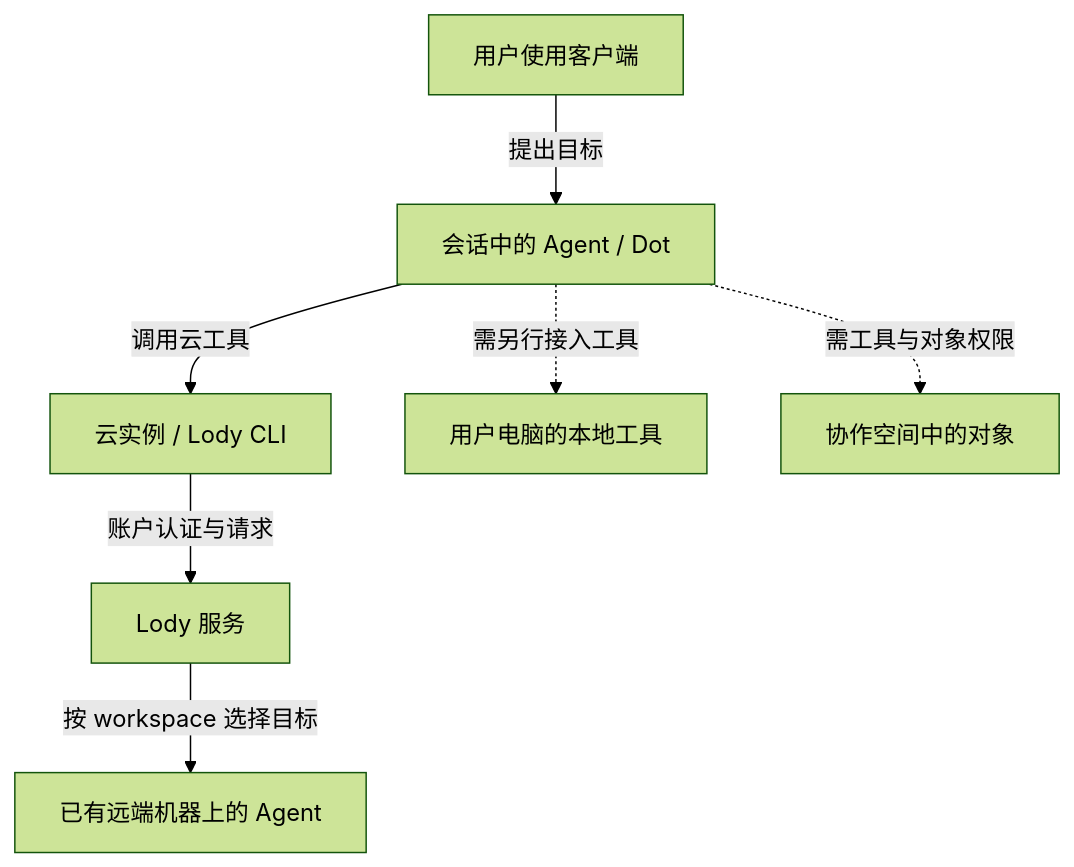
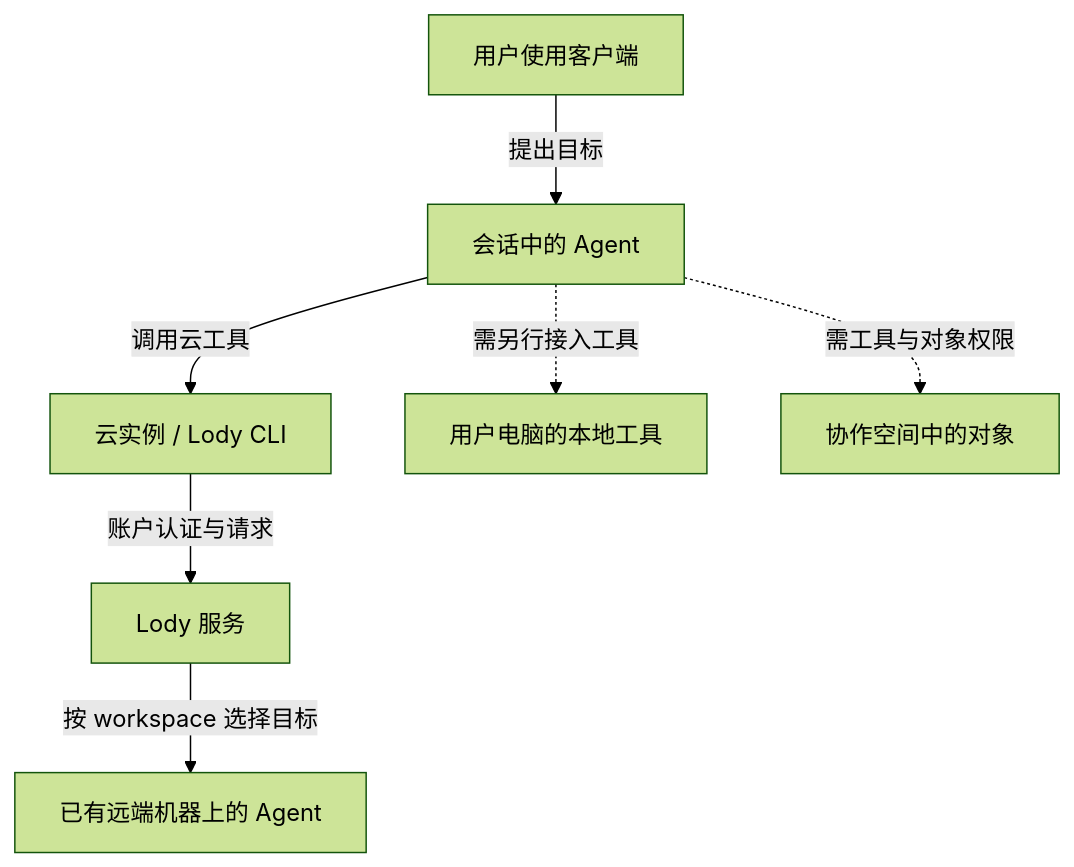
One commit to CF-FE/mymcp-4-codexcloud changed the diagram in docs/diagrams/environment-context.mmd. Above: the diagram before and after it, drawn with Mermaid (forest theme). The commit also changed 10 other files, not shown here.

```diff
--- a/docs/diagrams/environment-context.mmd
+++ b/docs/diagrams/environment-context.mmd
@@ -1,13 +1,13 @@
 %% 2026-10-21：调用关系示意，不是物理部署图或模型托管位置说明。
-%% Dot 仅沿用本会话的 Agent 约定；Agent 决策与工具操作的位置分别识别。
+%% Dot 按用户说明指 ChatGPT 云服务，是宿主而非 Agent 别名；其接入另待核实。
 %% 实线表示本次已验证的调用链；虚线表示有条件接入，不代表本次已接入。
 %% Lody workspace 是目标资源范围，不是请求转发节点；连线不表示权限继承。
 flowchart TB
     accTitle: 本次命令在哪里执行
-    accDescr: 用户通过客户端向当前会话的 Agent 或 Dot 提出目标，Agent 调用云工具，在云执行实例运行 Lody CLI，经 Lody 服务向选定工作区中的已有远端 machine 和 Agent 派发。虚线所示本地和协作空间接入有条件，本次未由该链路接入；图不推断模型托管位置或权限继承。
-    user["用户使用客户端"] -->|提出目标| dot["会话中的 Agent / Dot"]
-    dot -->|调用云工具| runtime["云实例 / Lody CLI"]
+    accDescr: 用户通过客户端向当前会话的 Agent 提出目标，Agent 调用云工具，在云执行实例运行 Lody CLI，经 Lody 服务向选定工作区中的已有远端 machine 和 Agent 派发。Dot 是用户所指的 ChatGPT 云宿主，不是 Agent 别名，具体接入另待核实。虚线所示本地和协作空间本次未由该链路接入；图不推断模型托管位置或权限继承。
+    user["用户使用客户端"] -->|提出目标| agent["会话中的 Agent"]
+    agent -->|调用云工具| runtime["云实例 / Lody CLI"]
     runtime -->|账户认证与请求| service["Lody 服务"]
     service -->|按 workspace 选择目标| remote["已有远端机器上的 Agent"]
-    dot -.->|需另行接入工具| local["用户电脑的本地工具"]
-    dot -.->|需工具与对象权限| space["协作空间中的对象"]
+    agent -.->|需另行接入工具| local["用户电脑的本地工具"]
+    agent -.->|需工具与对象权限| space["协作空间中的对象"]
```
